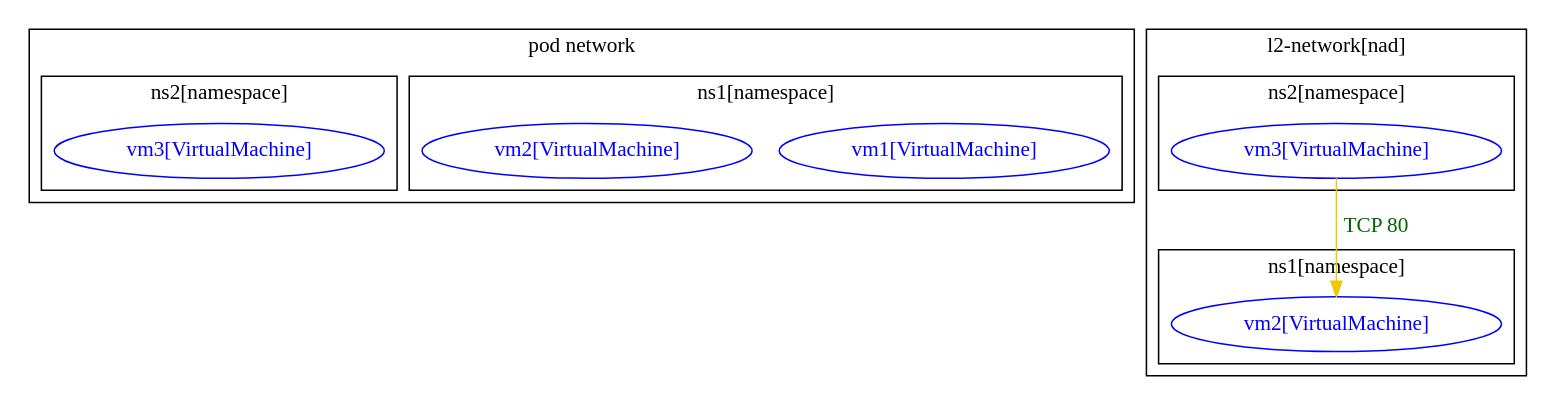
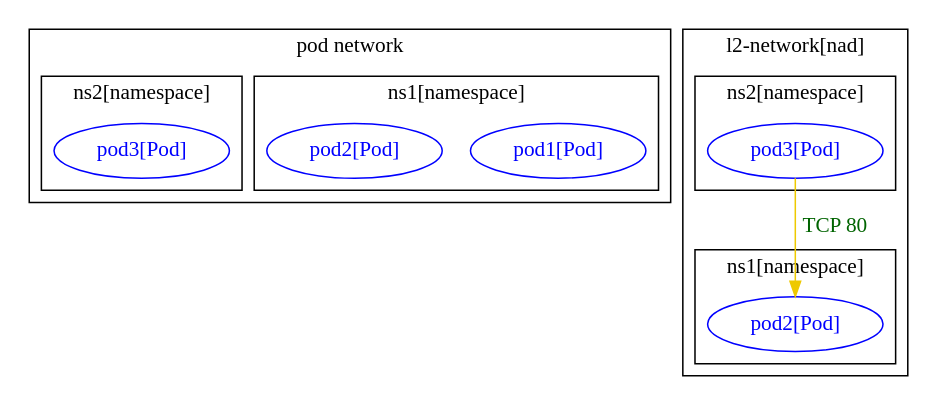
One commit to np-guard/netpol-analyzer changed the diagram in test_outputs/connlist/nad_test_4_tcp-80_connlist_output.dot. Above: the diagram before and after it, drawn with Graphviz. The commit also changed 69 other files, not shown here.

Commit message:
replacing vm with pod in multi-np tests with label selectors + some new tests

```diff
--- a/test_outputs/connlist/nad_test_4_tcp-80_connlist_output.dot
+++ b/test_outputs/connlist/nad_test_4_tcp-80_connlist_output.dot
@@ -1,34 +1,34 @@
 digraph {
 	subgraph "cluster_pod_network" {
 	label="pod network"
 	subgraph "cluster_ns1[namespace]" {
 		color="black"
 		fontcolor="black"
-		"ns1/vm1[VirtualMachine]" [label="vm1[VirtualMachine]" color="blue" fontcolor="blue"]
-		"ns1/vm2[VirtualMachine]" [label="vm2[VirtualMachine]" color="blue" fontcolor="blue"]
+		"ns1/pod1[Pod]" [label="pod1[Pod]" color="blue" fontcolor="blue"]
+		"ns1/pod2[Pod]" [label="pod2[Pod]" color="blue" fontcolor="blue"]
 		label="ns1[namespace]"
 	}
 	subgraph "cluster_ns2[namespace]" {
 		color="black"
 		fontcolor="black"
-		"ns2/vm3[VirtualMachine]" [label="vm3[VirtualMachine]" color="blue" fontcolor="blue"]
+		"ns2/pod3[Pod]" [label="pod3[Pod]" color="blue" fontcolor="blue"]
 		label="ns2[namespace]"
 	}
 	}
 	subgraph "cluster_l2-network" {
 	label="l2-network[nad]"
 	subgraph "cluster_ns1[namespace]" {
 		color="black"
 		fontcolor="black"
-		"ns1/vm2[VirtualMachine]l2-network" [label="vm2[VirtualMachine]" color="blue" fontcolor="blue"]
+		"ns1/pod2[Pod]l2-network" [label="pod2[Pod]" color="blue" fontcolor="blue"]
 		label="ns1[namespace]"
 	}
 	subgraph "cluster_ns2[namespace]" {
 		color="black"
 		fontcolor="black"
-		"ns2/vm3[VirtualMachine]l2-network" [label="vm3[VirtualMachine]" color="blue" fontcolor="blue"]
+		"ns2/pod3[Pod]l2-network" [label="pod3[Pod]" color="blue" fontcolor="blue"]
 		label="ns2[namespace]"
 	}
 	}
-	"ns2/vm3[VirtualMachine]l2-network" -> "ns1/vm2[VirtualMachine]l2-network" [label="TCP 80" color="gold2" fontcolor="darkgreen" weight=1]
+	"ns2/pod3[Pod]l2-network" -> "ns1/pod2[Pod]l2-network" [label="TCP 80" color="gold2" fontcolor="darkgreen" weight=1]
 }
```
